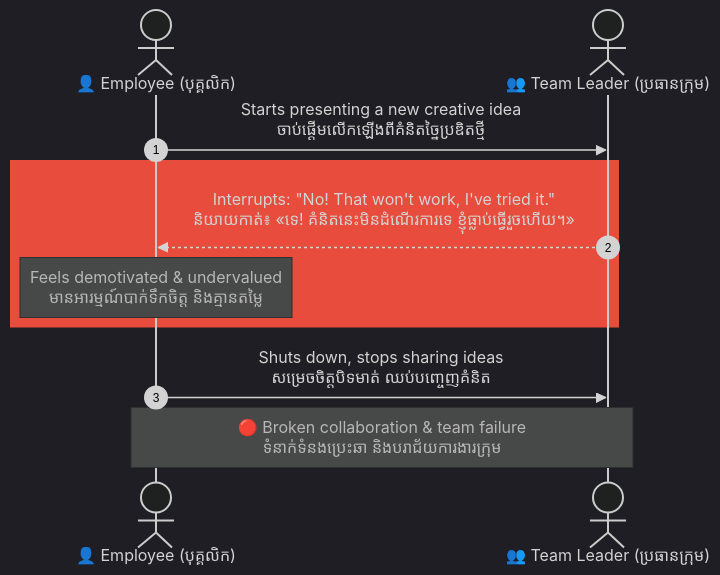
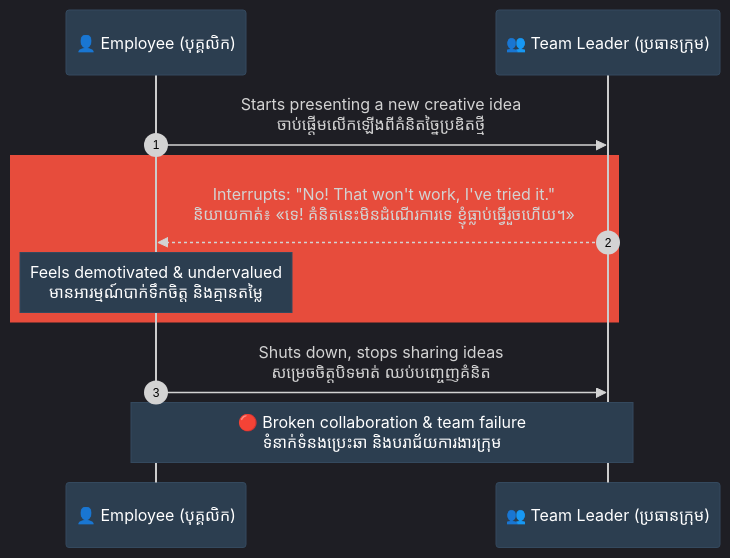
The first of 6 diagrams in feeds/concepts/articles/03-science-of-communication-eq-flaws.md (iblogger855/iblogger-feeds), drawn with Mermaid before and after one commit. The commit also changed other lines of this file and 1 other file, not shown here.

Commit message:
style(visual): fix sequence diagram text and actor backgrounds for light mode compatibility

````diff
--- a/feeds/concepts/articles/03-science-of-communication-eq-flaws.md
+++ b/feeds/concepts/articles/03-science-of-communication-eq-flaws.md
@@ -112,25 +112,31 @@
 ```mermaid
 %%{init: {
   'theme': 'dark',
   'themeVariables': {
     'background': '#1e1e1e',
     'primaryTextColor': '#ffffff',
-    'lineColor': '#a0a0a0'
+    'lineColor': '#a0a0a0',
+    'actorBkg': '#2c3e50',
+    'actorBorder': '#34495e',
+    'actorTextColor': '#ffffff',
+    'noteBkgColor': '#2c3e50',
+    'noteTextColor': '#ffffff',
+    'noteBorderColor': '#34495e'
   },
-  'themeCSS': 'svg { background-color: #1e1e1e !important; padding: 1rem !important; border-radius: 8px !important; } .edgeLabel rect { fill: #1e1e1e !important; } text, tspan { fill: #ffffff !important; }'
+  'themeCSS': 'svg { background-color: #1e1e1e !important; padding: 1rem !important; border-radius: 8px !important; } .edgeLabel rect { fill: #1e1e1e !important; } text, tspan { fill: #ffffff !important; } @media (prefers-color-scheme: light) { text, tspan, .messageText, .signalText { fill: #1e1e1e !important; } .actor text, .actor tspan, .note text, .note tspan, .loopText, .loopText tspan { fill: #ffffff !important; } }'
 }}%%
 sequenceDiagram
     autonumber
-    actor Emp as 👤 Employee (បុគ្គលិក)
-    actor Ldr as 👥 Team Leader (ប្រធានក្រុម)
+    participant Emp as 👤 Employee (បុគ្គលិក)
+    participant Ldr as 👥 Team Leader (ប្រធានក្រុម)
 
     Emp->>Ldr: Starts presenting a new creative idea<br/>ចាប់ផ្តើមលើកឡើងពីគំនិតច្នៃប្រឌិតថ្មី
     
     rect rgb(231, 76, 60)
         Ldr-->>Emp: Interrupts: "No! That won't work, I've tried it."<br/>និយាយកាត់៖ «ទេ! គំនិតនេះមិនដំណើរការទេ ខ្ញុំធ្លាប់ធ្វើរួចហើយ។»
         Note over Emp: Feels demotivated & undervalued<br/>មានអារម្មណ៍បាក់ទឹកចិត្ត និងគ្មានតម្លៃ
     end
     
     Emp->>Ldr: Shuts down, stops sharing ideas<br/>សម្រេចចិត្តបិទមាត់ ឈប់បញ្ចេញគំនិត
     Note over Emp, Ldr: 🔴 Broken collaboration & team failure<br/>ទំនាក់ទំនងប្រេះឆា និងបរាជ័យការងារក្រុម
 ```
````
